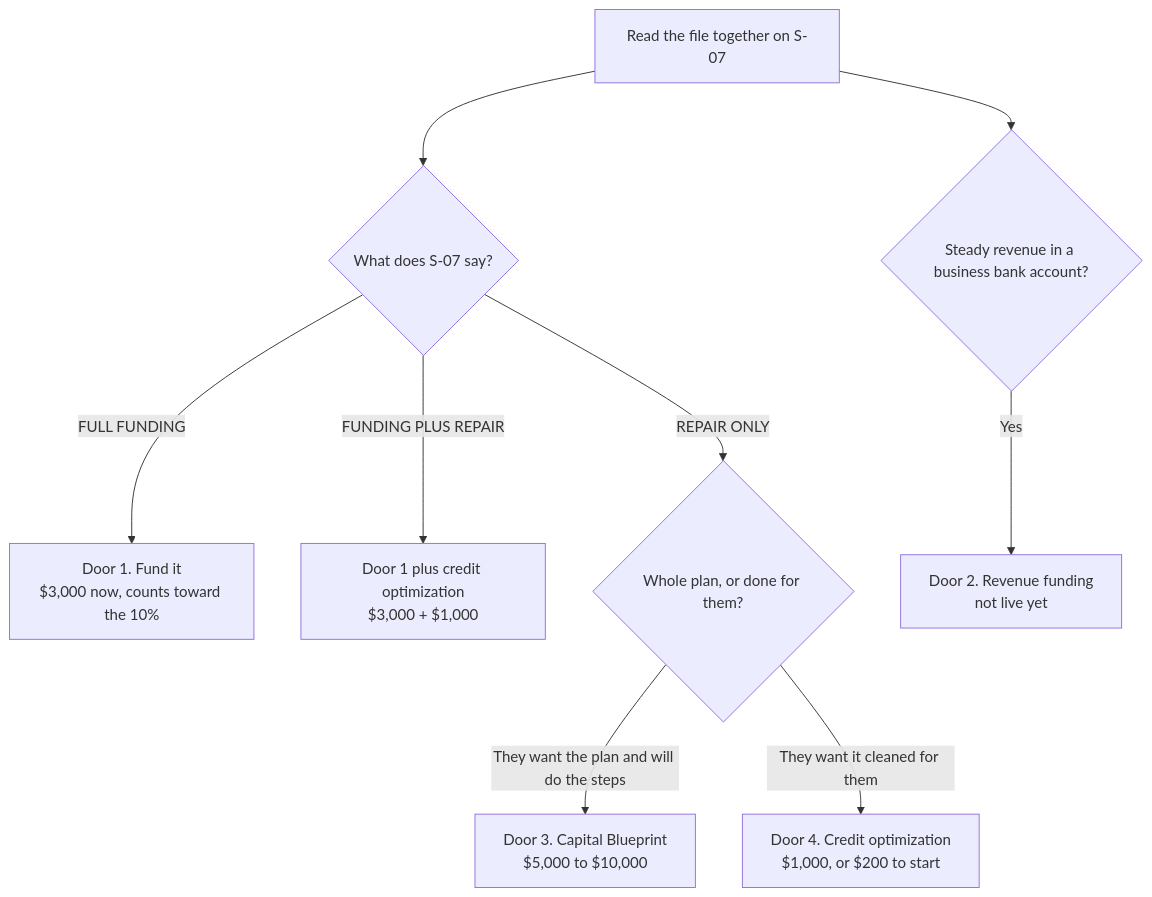
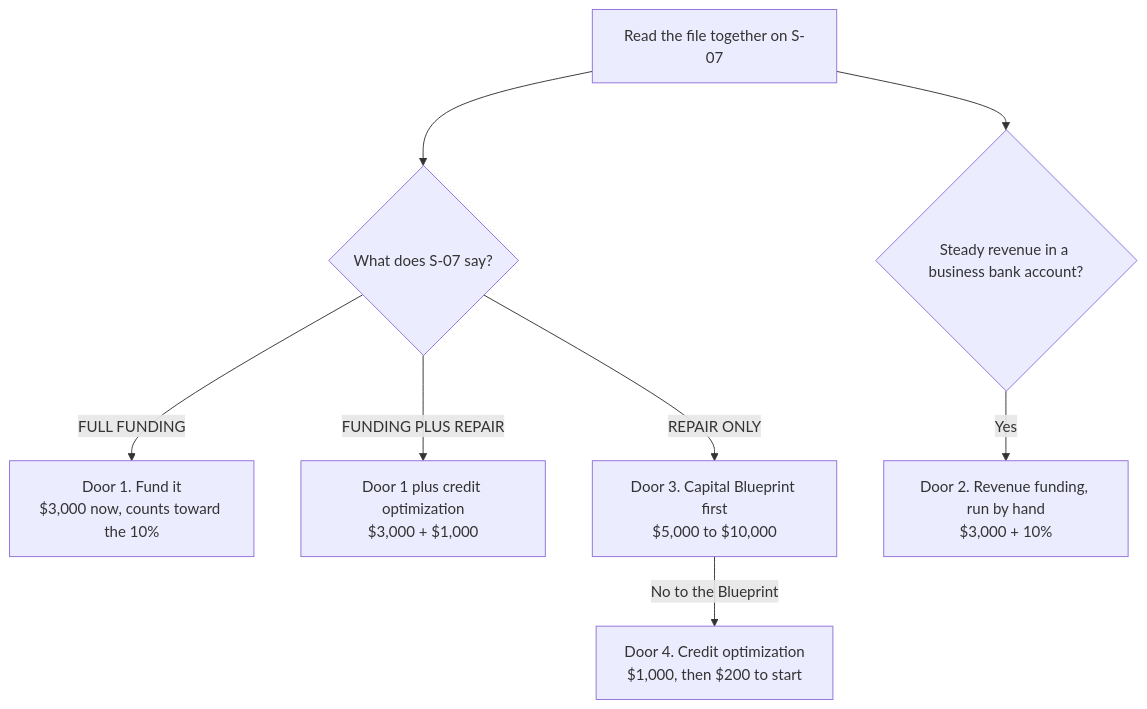
The diagram in docs/sops/weekend-2026-10-24/04-sales-call-script.md (ZootimusMaximusSupreme/fundhub-platform), drawn with Mermaid before and after one commit. The commit also changed other lines of this file and 5 other files, not shown here.

````diff
--- a/docs/sops/weekend-2026-10-24/04-sales-call-script.md
+++ b/docs/sops/weekend-2026-10-24/04-sales-call-script.md
@@ -29,11 +29,10 @@
 ```mermaid
 flowchart TD
     A[Read the file together on S-07] --> T{What does S-07 say?}
     T -->|FULL FUNDING| D1[Door 1. Fund it<br/>$3,000 now, counts toward the 10%]
     T -->|FUNDING PLUS REPAIR| D1R[Door 1 plus credit optimization<br/>$3,000 + $1,000]
-    T -->|REPAIR ONLY| W{Whole plan, or done for them?}
-    W -->|They want the plan and will do the steps| D3[Door 3. Capital Blueprint<br/>$5,000 to $10,000]
-    W -->|They want it cleaned for them| D4[Door 4. Credit optimization<br/>$1,000, or $200 to start]
+    T -->|REPAIR ONLY| D3[Door 3. Capital Blueprint first<br/>$5,000 to $10,000]
+    D3 -->|No to the Blueprint| D4[Door 4. Credit optimization<br/>$1,000, then $200 to start]
     A --> R{Steady revenue in a business bank account?}
-    R -->|Yes| D2[Door 2. Revenue funding<br/>not live yet]
+    R -->|Yes| D2[Door 2. Revenue funding, run by hand<br/>$3,000 + 10%]
 ```
````
